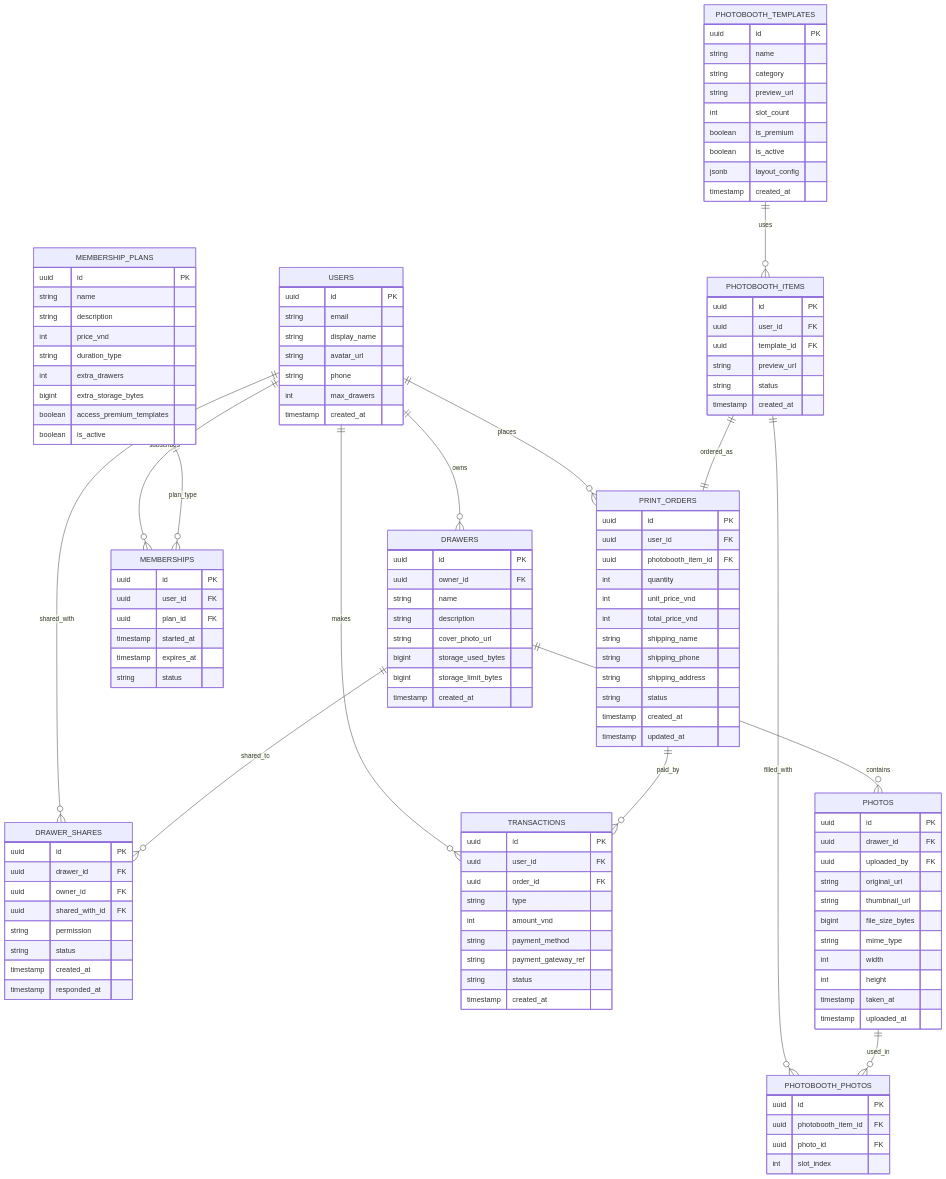
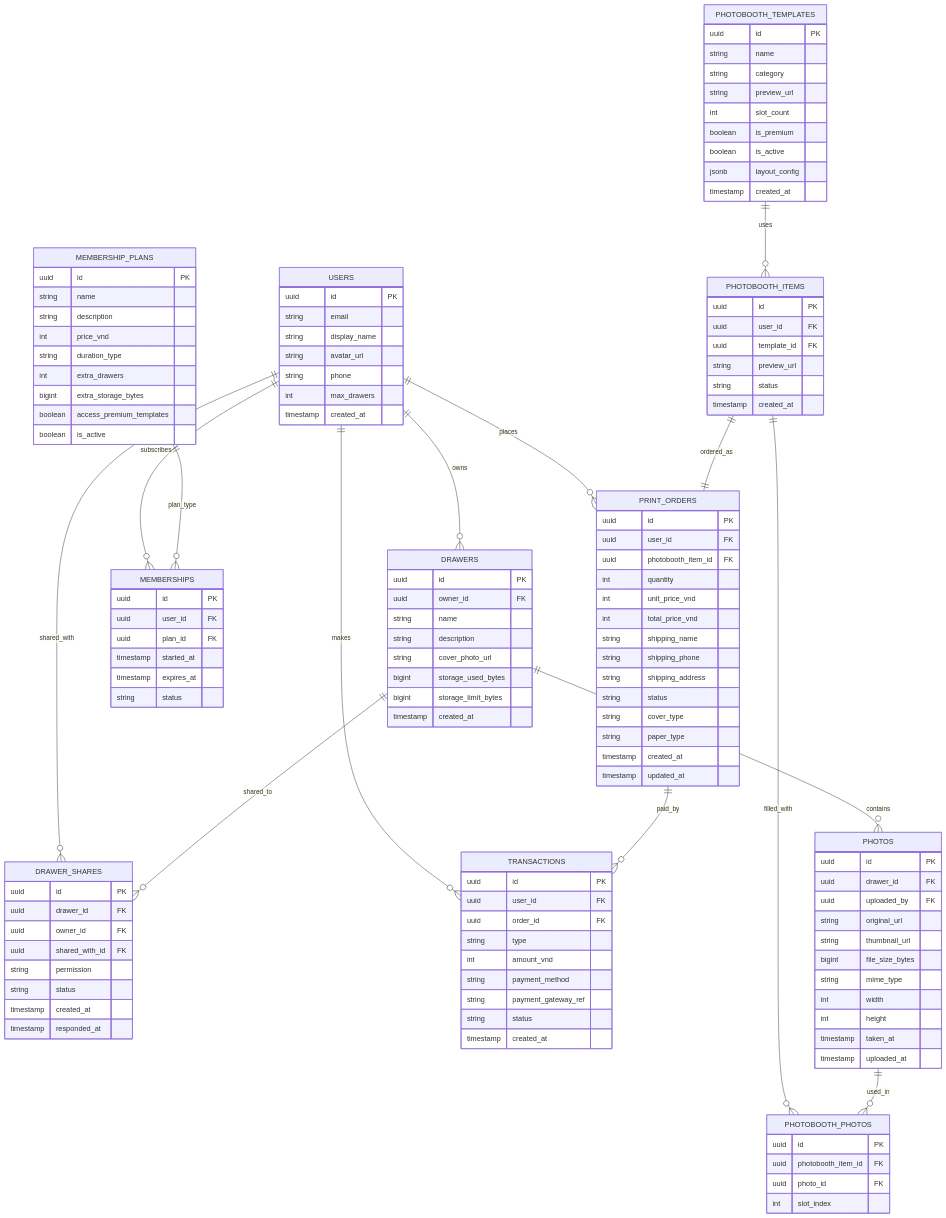
The diagram in docs/03-References/db-schema.md (ZenithGn/Pause), drawn with Mermaid before and after one commit. The commit also changed other lines of this file and 9 other files, not shown here.

First line of the commit message:
docs(storage): document Cloudinary hybrid storage and complete FR-03 schema

```diff
--- a/docs/03-References/db-schema.md
+++ b/docs/03-References/db-schema.md
@@ -131,6 +131,8 @@
         string shipping_phone
         string shipping_address
         string status
+        string cover_type
+        string paper_type
         timestamp created_at
         timestamp updated_at
     }
```
